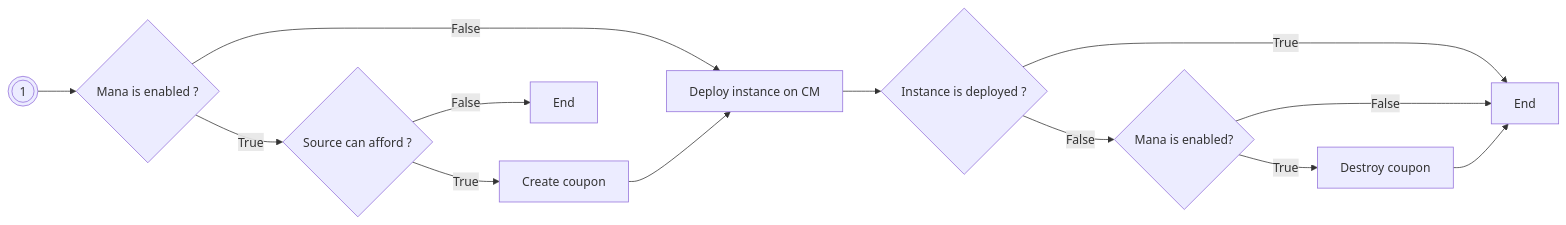
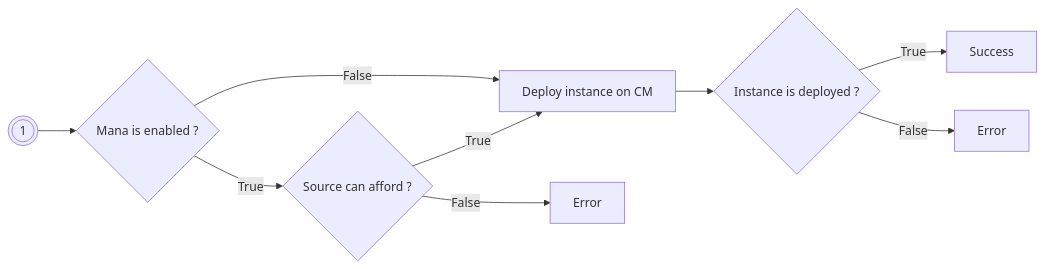
Before and after one commit to ctfer-io/ctfd-chall-manager: the diagram in webdocs/learn-more/mana/_index.md, drawn with Mermaid. The commit also changed other lines of this file and 8 other files, not shown here.

First line of the commit message:
Refacto: remove ManaCoupon and review Lock lint (#192)

````diff
--- a/webdocs/learn-more/mana/_index.md
+++ b/webdocs/learn-more/mana/_index.md
@@ -59,17 +55,14 @@
 ```mermaid
 flowchart LR
     End1(((1)))
 
     End1 --> G{Mana is enabled ?}
     G -->|True|H{Source can afford ?}
     G -->|False|I[Deploy instance on CM]
-    H -->|True|J[Create coupon]
-    H -->|False|End
-    J --> I
+    H -->|False|Error
+    H -->|True| I
     I --> K{Instance is deployed ?}
-    K -->|True|M[End]
-    K -->|False|N{Mana is enabled?}
-    N -->|True|L[Destroy coupon]
-    N -->|False|M
-    L --> M
+    K -->|True|M[Success]
+    K -->|False|N[Error]
+
 ```
````
